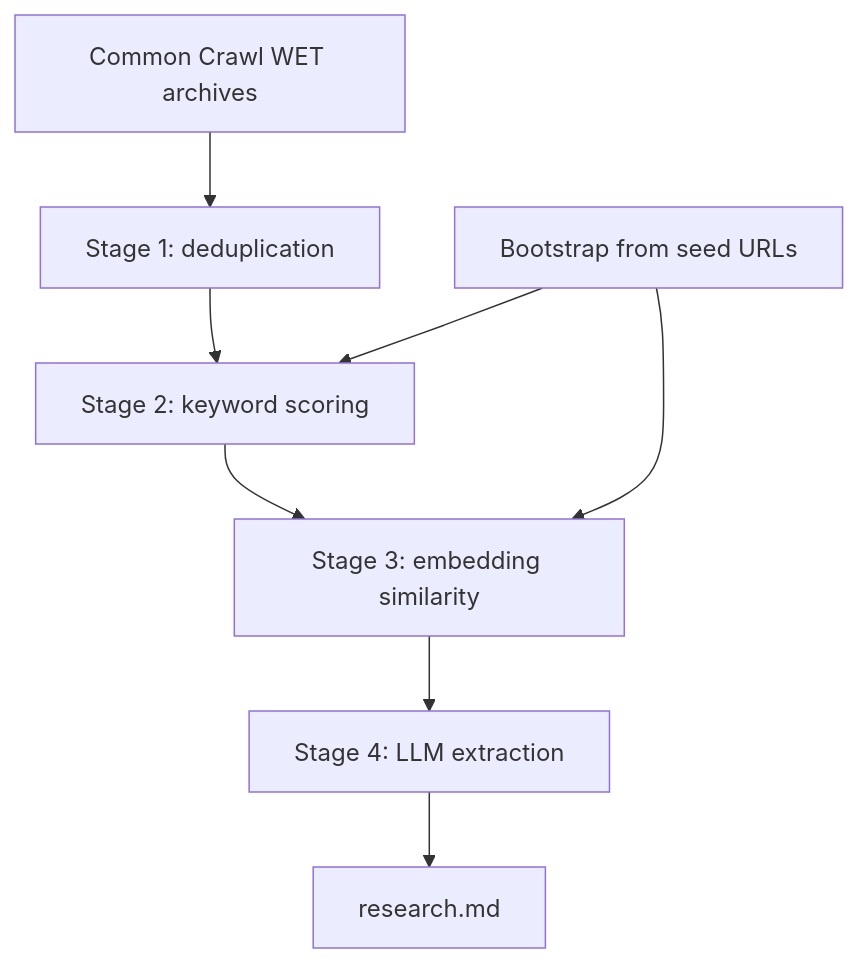
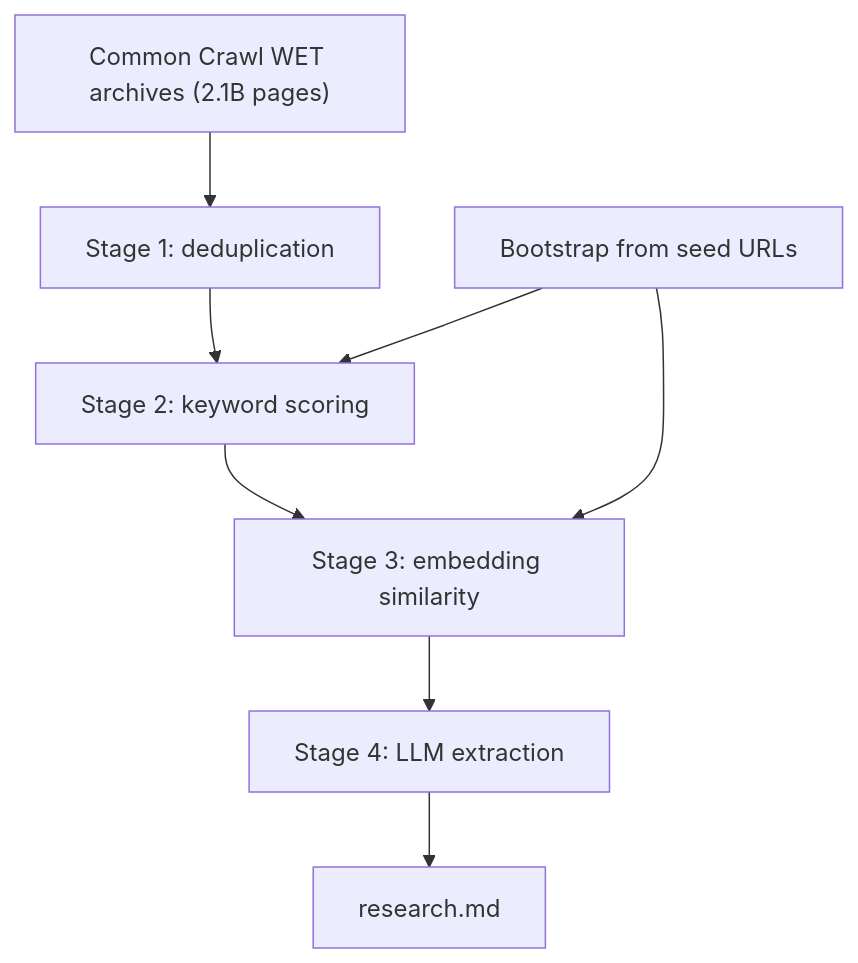
Before and after one commit to D3MZ/MonsieurPapin.jl: the diagram in README.md, drawn with Mermaid. The commit also changed other lines of this file, not shown here.

Commit message:
rewrite README: add performance calculations for 2.1B page crawl, remove redundant sections

````diff
--- a/README.md
+++ b/README.md
@@ -107,11 +88,11 @@
 ```mermaid
 flowchart TD
-    A["Common Crawl WET archives"] --> B["Stage 1: deduplication"]
+    A["Common Crawl WET archives (2.1B pages)"] --> B["Stage 1: deduplication"]
     B --> C["Stage 2: keyword scoring"]
     C --> D["Stage 3: embedding similarity"]
     D --> E["Stage 4: LLM extraction"]
     E --> F["research.md"]
 
     G["Bootstrap from seed URLs"] --> C
     G --> D
 ```
````
